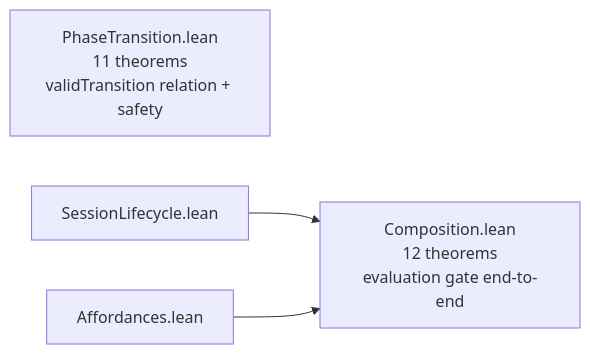
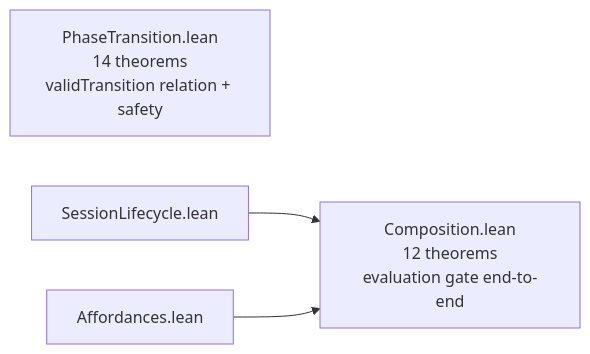
The sixth of 8 diagrams in formal-verification/REPORT.md (WillEhrendreich/SageFs), drawn with Mermaid before and after one commit. The commit also changed other lines of this file and 6 other files, not shown here.

````diff
--- a/formal-verification/REPORT.md
+++ b/formal-verification/REPORT.md
@@ -125,7 +132,7 @@
 ```mermaid
 graph LR
   CO["Composition.lean<br/>12 theorems<br/>evaluation gate end-to-end"]
-  PT["PhaseTransition.lean<br/>11 theorems<br/>validTransition relation + safety"]
+  PT["PhaseTransition.lean<br/>14 theorems<br/>validTransition relation + safety"]
   SL["SessionLifecycle.lean"] --> CO
   AF["Affordances.lean"] --> CO
 ```
````
